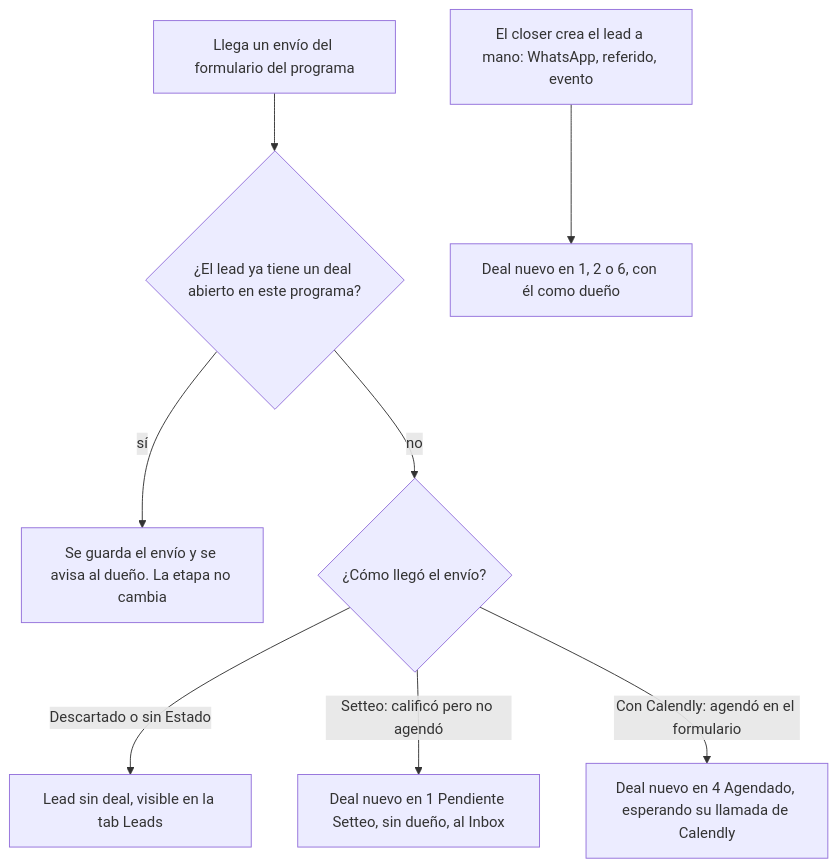
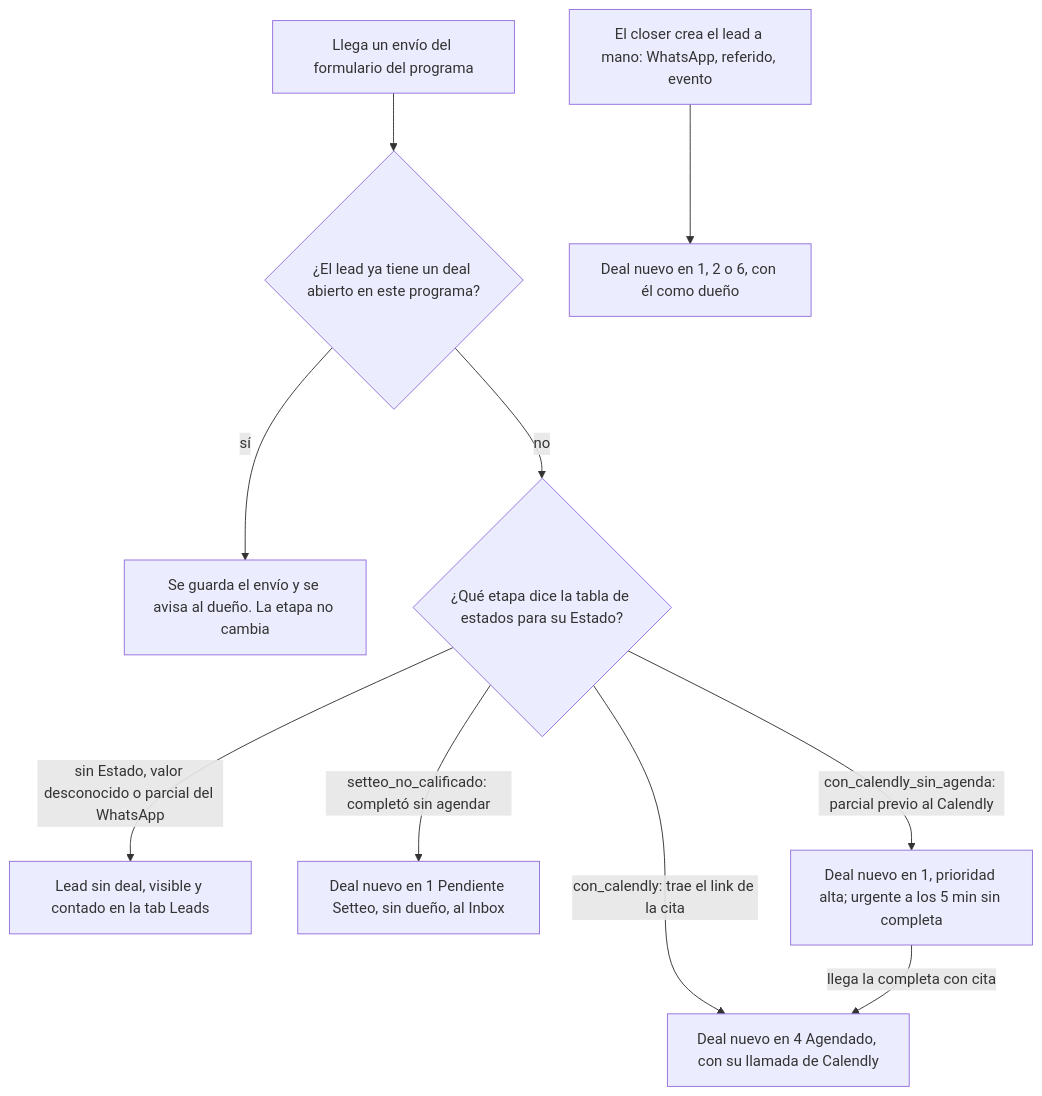
One commit to Retia-Agencia/retia-metrics changed the second of 9 diagrams in docs/structure.md. Above: the diagram before and after it, drawn with Mermaid. The commit also changed other lines of this file and 51 other files, not shown here.

````diff
--- a/docs/structure.md
+++ b/docs/structure.md
@@ -92,10 +92,12 @@
 ```mermaid
 flowchart TD
   E["Llega un envío del formulario del programa"] --> Q{"¿El lead ya tiene un deal abierto en este programa?"}
   Q -- "sí" --> R["Se guarda el envío y se avisa al dueño. La etapa no cambia"]
-  Q -- "no" --> EST{"¿Cómo llegó el envío?"}
-  EST -- "Descartado o sin Estado" --> L["Lead sin deal, visible en la tab Leads"]
-  EST -- "Setteo: calificó pero no agendó" --> D1["Deal nuevo en 1 Pendiente Setteo, sin dueño, al Inbox"]
-  EST -- "Con Calendly: agendó en el formulario" --> D4["Deal nuevo en 4 Agendado, esperando su llamada de Calendly"]
+  Q -- "no" --> EST{"¿Qué etapa dice la tabla de estados para su Estado?"}
+  EST -- "sin Estado, valor desconocido o parcial del WhatsApp" --> L["Lead sin deal, visible y contado en la tab Leads"]
+  EST -- "setteo_no_calificado: completó sin agendar" --> D1["Deal nuevo en 1 Pendiente Setteo, sin dueño, al Inbox"]
+  EST -- "con_calendly_sin_agenda: parcial previo al Calendly" --> D1A["Deal nuevo en 1, prioridad alta; urgente a los 5 min sin completa"]
+  EST -- "con_calendly: trae el link de la cita" --> D4["Deal nuevo en 4 Agendado, con su llamada de Calendly"]
+  D1A -- "llega la completa con cita" --> D4
   MAN["El closer crea el lead a mano: WhatsApp, referido, evento"] --> DM["Deal nuevo en 1, 2 o 6, con él como dueño"]
 ```
````
